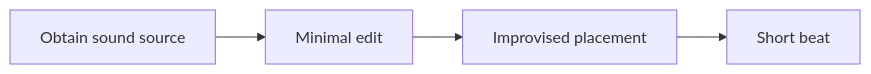
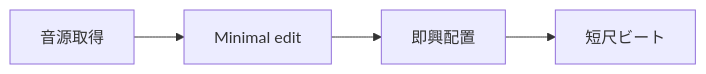
Before and after one commit to monumental-movement/monumental-movement.github.io: the first of 2 diagrams in en/_posts/2025-12-18-column-experimental-hiphop-instrumentals.md, drawn with Mermaid. The commit also changed other lines of this file and 2196 other files, not shown here.

```diff
--- a/en/_posts/2025-12-18-column-experimental-hiphop-instrumentals.md
+++ b/en/_posts/2025-12-18-column-experimental-hiphop-instrumentals.md
@@ -84,6 +84,6 @@
 <div class="mermaid">
 flowchart LR
-    A["Obtain sound source"] --> B["Minimal edit"]
-    B --> C["Improvised placement"]
-    C --> D["Short beat"]
+    A["音源取得"] --> B["Minimal edit"]
+    B --> C["即興配置"]
+    C --> D["短尺ビート"]
 </div>
```
